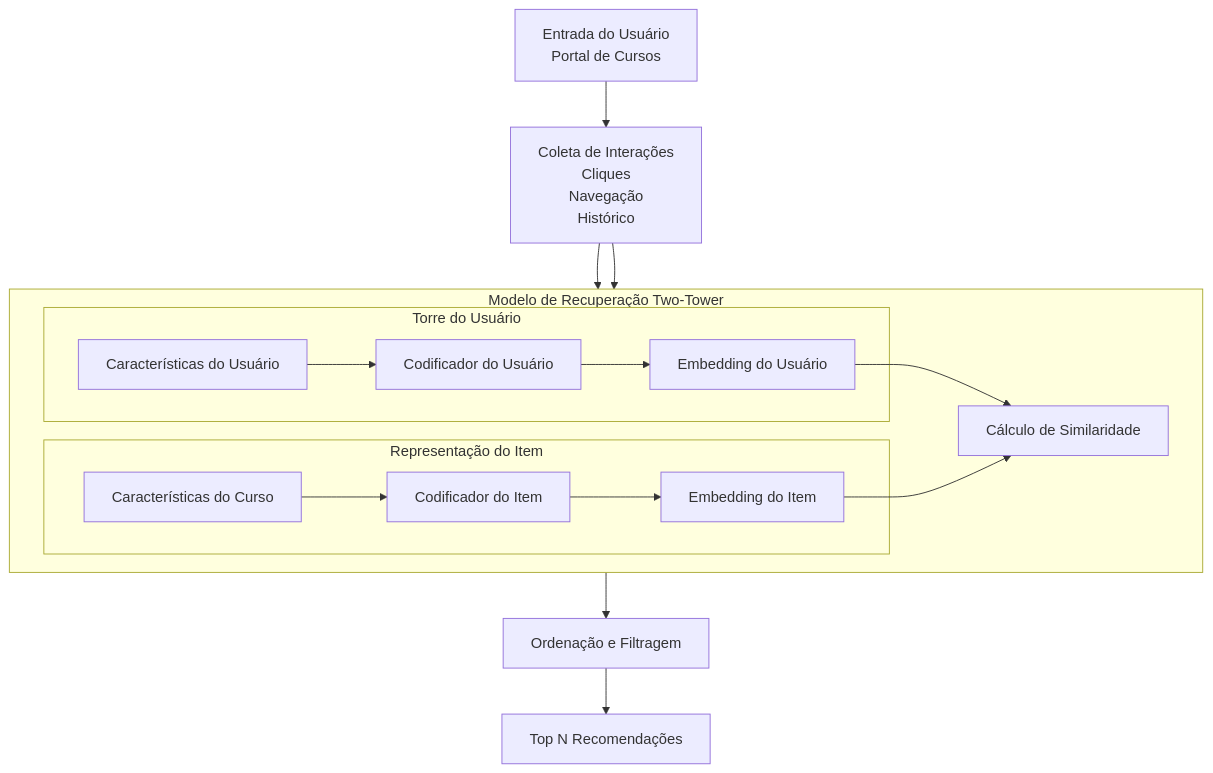
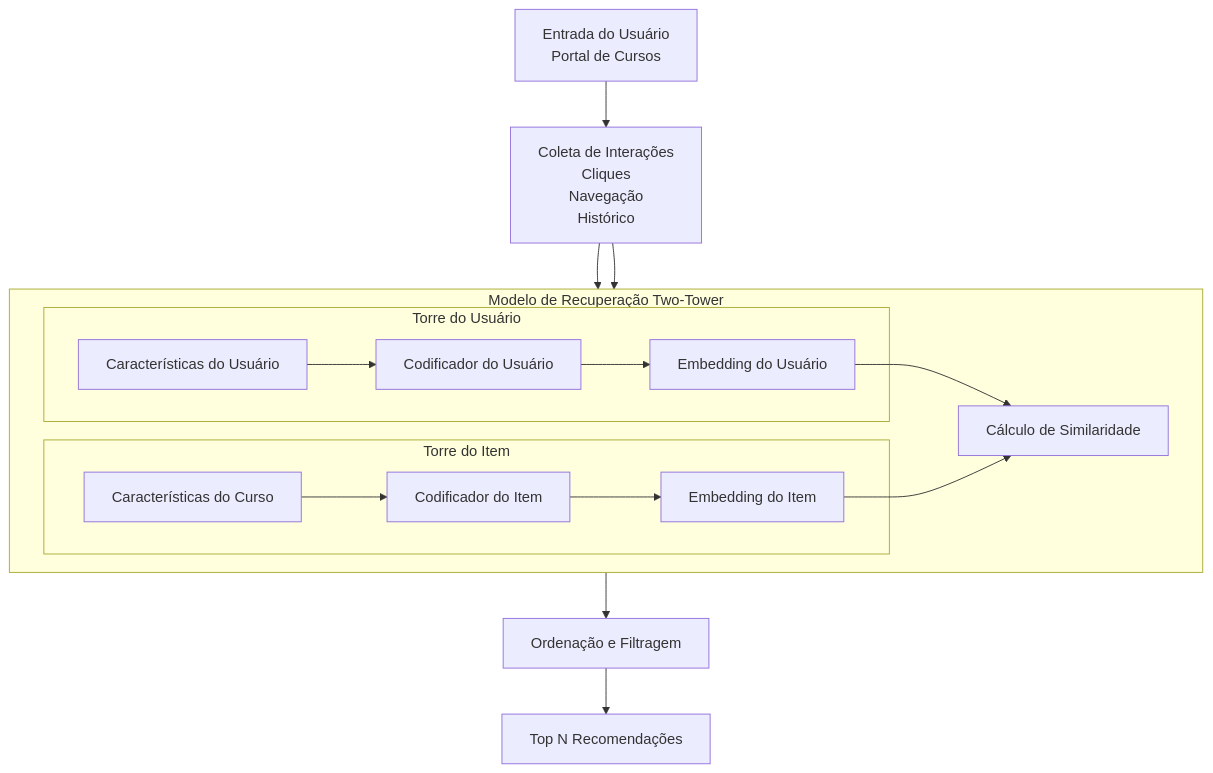
The diagram in README.md (daniell-santana/Sistema_Recomendacao_Tow_Tower), drawn with Mermaid before and after one commit.

````diff
--- a/README.md
+++ b/README.md
@@ -6,27 +6,27 @@
 ```mermaid
 flowchart TB
     A[Entrada do Usuário<br/>Portal de Cursos] --> B[Coleta de Interações<br/>Cliques<br/>Navegação<br/>Histórico]
 
     subgraph TT[Modelo de Recuperação Two-Tower]
         direction LR
 
         subgraph UT[Torre do Usuário]
             C[Características do Usuário] --> D[Codificador do Usuário]
             D --> E[Embedding do Usuário]
         end
 
-        subgraph IT[Representação do Item]
+        subgraph IT[Torre do Item]
             F[Características do Curso] --> G[Codificador do Item]
             G --> H[Embedding do Item]
         end
 
         E --> I[Cálculo de Similaridade]
         H --> I
     end
 
     B --> C
     B --> F
 
     I --> J[Ordenação e Filtragem]
     J --> K[Top N Recomendações]
 ```
````
